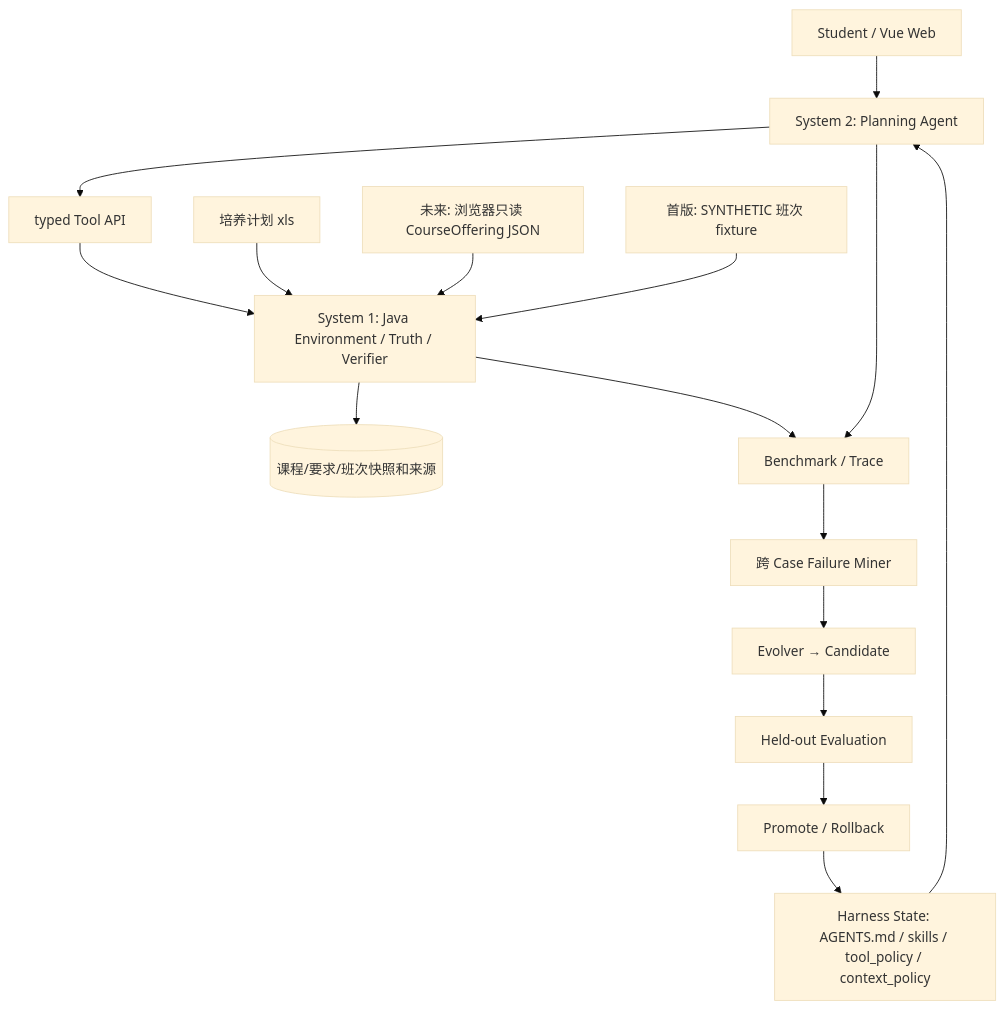
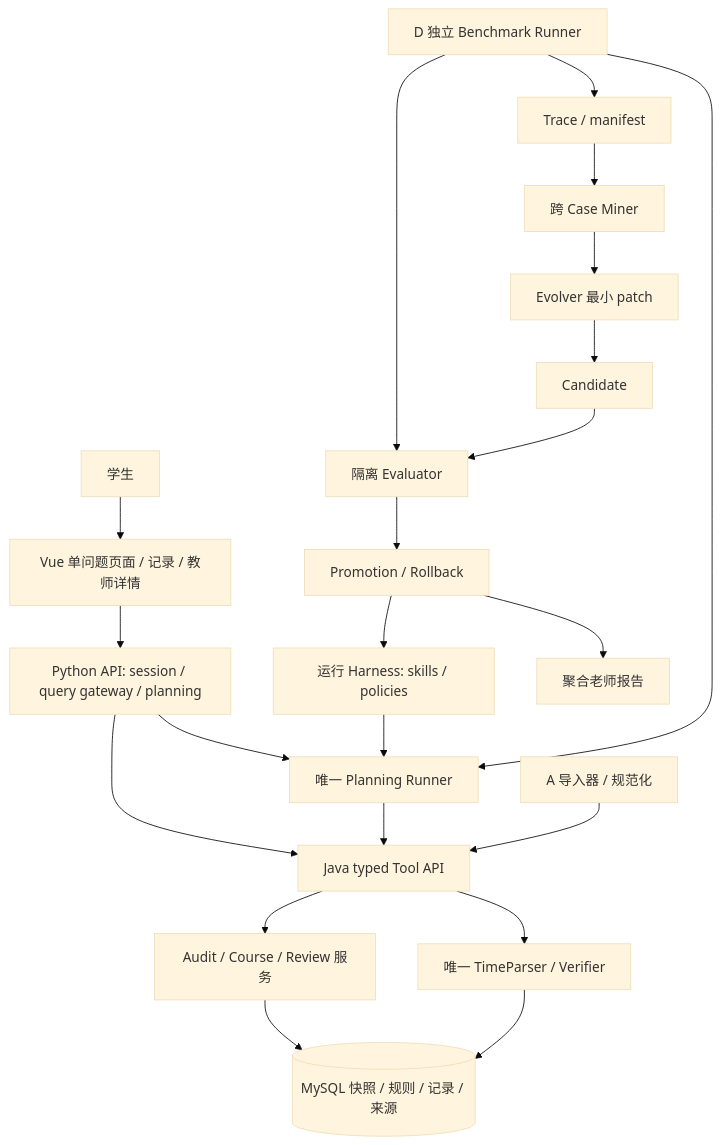
Before and after one commit to HelicasECoode42/CoursePilot-Evo: the first of 5 diagrams in docs/03-trd.md, drawn with Mermaid (base theme). The commit also changed other lines of this file and 45 other files, not shown here.

````diff
--- a/docs/03-trd.md
+++ b/docs/03-trd.md
@@ -20,18 +23,24 @@
 ```mermaid
 flowchart TB
-  U[Student / Vue Web] --> PY[System 2: Planning Agent]
-  H[Harness State: AGENTS.md / skills / tool_policy / context_policy] --> PY
-  PY --> API[typed Tool API]
-  API --> J[System 1: Java Environment / Truth / Verifier]
-  X[培养计划 xls] --> J
-  B[未来: 浏览器只读 CourseOffering JSON] --> J
-  F[首版: SYNTHETIC 班次 fixture] --> J
-  J --> DB[(课程/要求/班次快照和来源)]
-  PY --> BENCH[Benchmark / Trace]
-  J --> BENCH
-  BENCH --> MINER[跨 Case Failure Miner]
-  MINER --> EV[Evolver → Candidate]
-  EV --> HOLD[Held-out Evaluation]
-  HOLD --> G[Promote / Rollback]
+  U[学生] --> W[Vue 单问题页面 / 记录 / 教师详情]
+  W --> P[Python API: session / query gateway / planning]
+  P --> R[唯一 Planning Runner]
+  H[运行 Harness: skills / policies] --> R
+  P --> J[Java typed Tool API]
+  R --> J
+  J --> AS[Audit / Course / Review 服务]
+  J --> V[唯一 TimeParser / Verifier]
+  AS --> DB[(MySQL 快照 / 规则 / 记录 / 来源)]
+  V --> DB
+  I[A 导入器 / 规范化] --> J
+  B[D 独立 Benchmark Runner] --> R
+  B --> EV[隔离 Evaluator]
+  B --> T[Trace / manifest]
+  T --> M[跨 Case Miner]
+  M --> E[Evolver 最小 patch]
+  E --> C[Candidate]
+  C --> EV
+  EV --> G[Promotion / Rollback]
   G --> H
+  G --> RP[聚合老师报告]
 ```
````
